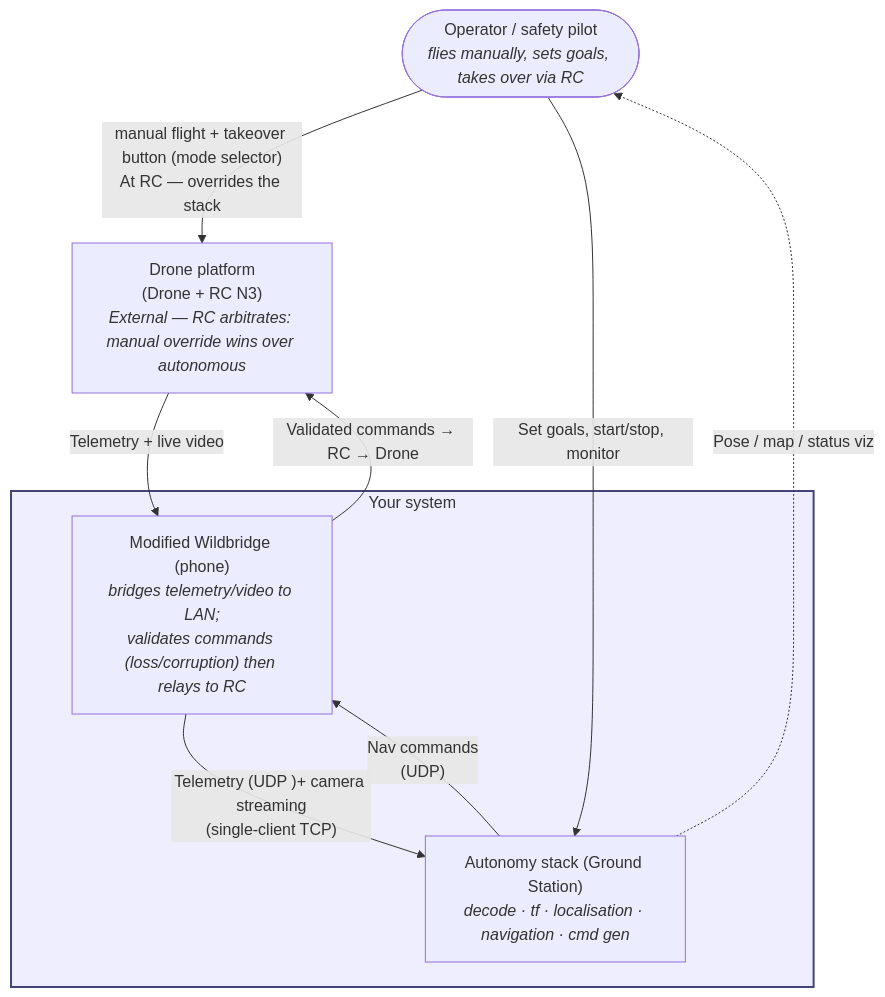
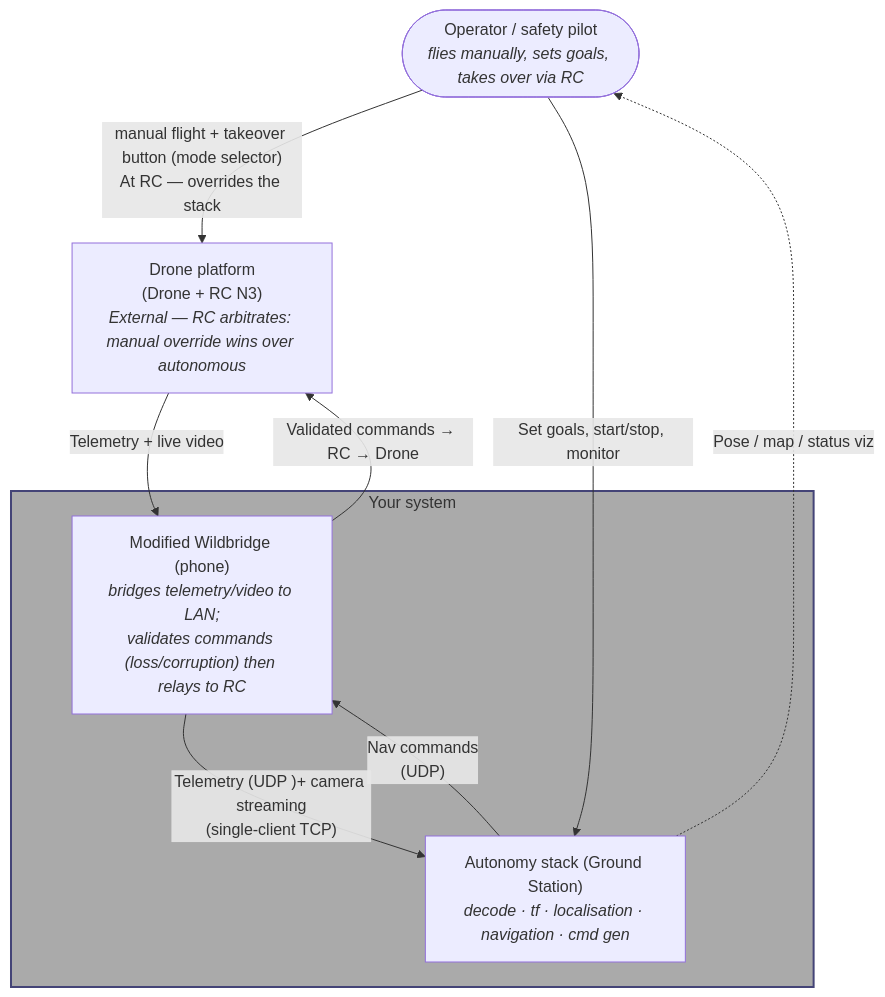
The diagram in docs/system_context.mmd (cristhianpoveda/path_planning_aerial_inspection), drawn with Mermaid before and after one commit.

Commit message:
docs: updated system context

```diff
--- a/docs/system_context.mmd
+++ b/docs/system_context.mmd
@@ -1,20 +1,20 @@
 %% System Context Diagram — Indoor Drone Autonomy Stack
 flowchart TD
     OP(["Operator / safety pilot<br/><i>flies manually, sets goals, takes over via RC</i>"])
 
     DRONE["Drone platform<br/>(Drone + RC N3)<br/><i>External — RC arbitrates: manual override wins over autonomous</i>"]
 
     subgraph SYS [" Your system "]
         WB["Modified Wildbridge (phone)<br/><i>bridges telemetry/video to LAN;<br/>validates commands (loss/corruption) then relays to RC</i>"]
         STACK["Autonomy stack (Ground Station)<br/><i>decode &middot; tf &middot; localisation &middot; navigation &middot; cmd gen</i>"]
         STACK -->|"Nav commands<br/>(UDP)"| WB
         WB -->|"Telemetry (UDP )+ camera streaming<br/>(single-client TCP)"| STACK
     end
 
     OP -->|"manual flight + takeover button (mode selector)<br/>At RC — overrides the stack"| DRONE
     OP -->|"Set goals, start/stop, monitor"| STACK
     DRONE -->|"Telemetry + live video"| WB
     WB -->|"Validated commands &rarr; RC &rarr; Drone"| DRONE
     STACK -.->|"Pose / map / status viz"| OP
 
-    style SYS fill:#eef,stroke:#447,stroke-width:2px
+    style SYS fill:#aaa,stroke:#447,stroke-width:2px
```
